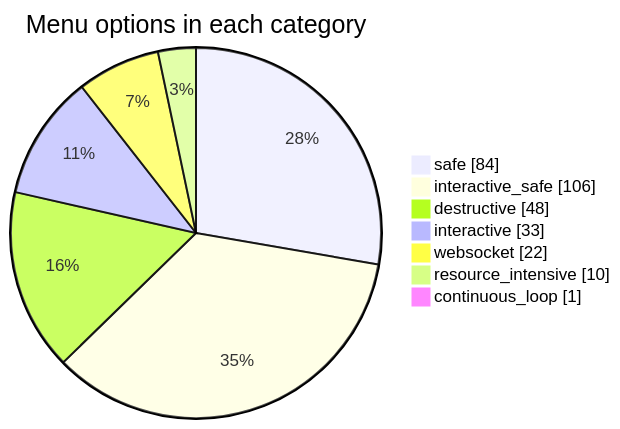
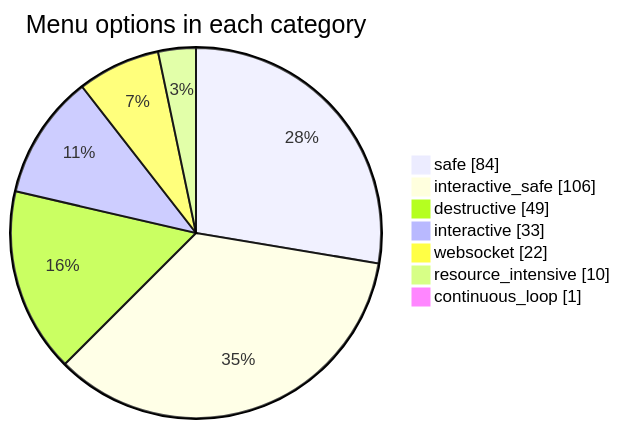
One commit to jmorrison-juniper/MistHelper changed the third of 3 diagrams in documentation/menu-api/README.md. Above: the diagram before and after it, drawn with Mermaid. The commit also changed other lines of this file and 45 other files, not shown here.

````diff
--- a/documentation/menu-api/README.md
+++ b/documentation/menu-api/README.md
@@ -61,11 +61,11 @@
 ```mermaid
 pie showData
     title Menu options in each category
     "safe" : 84
     "interactive_safe" : 106
-    "destructive" : 48
+    "destructive" : 49
     "interactive" : 33
     "websocket" : 22
     "resource_intensive" : 10
     "continuous_loop" : 1
 ```
````
